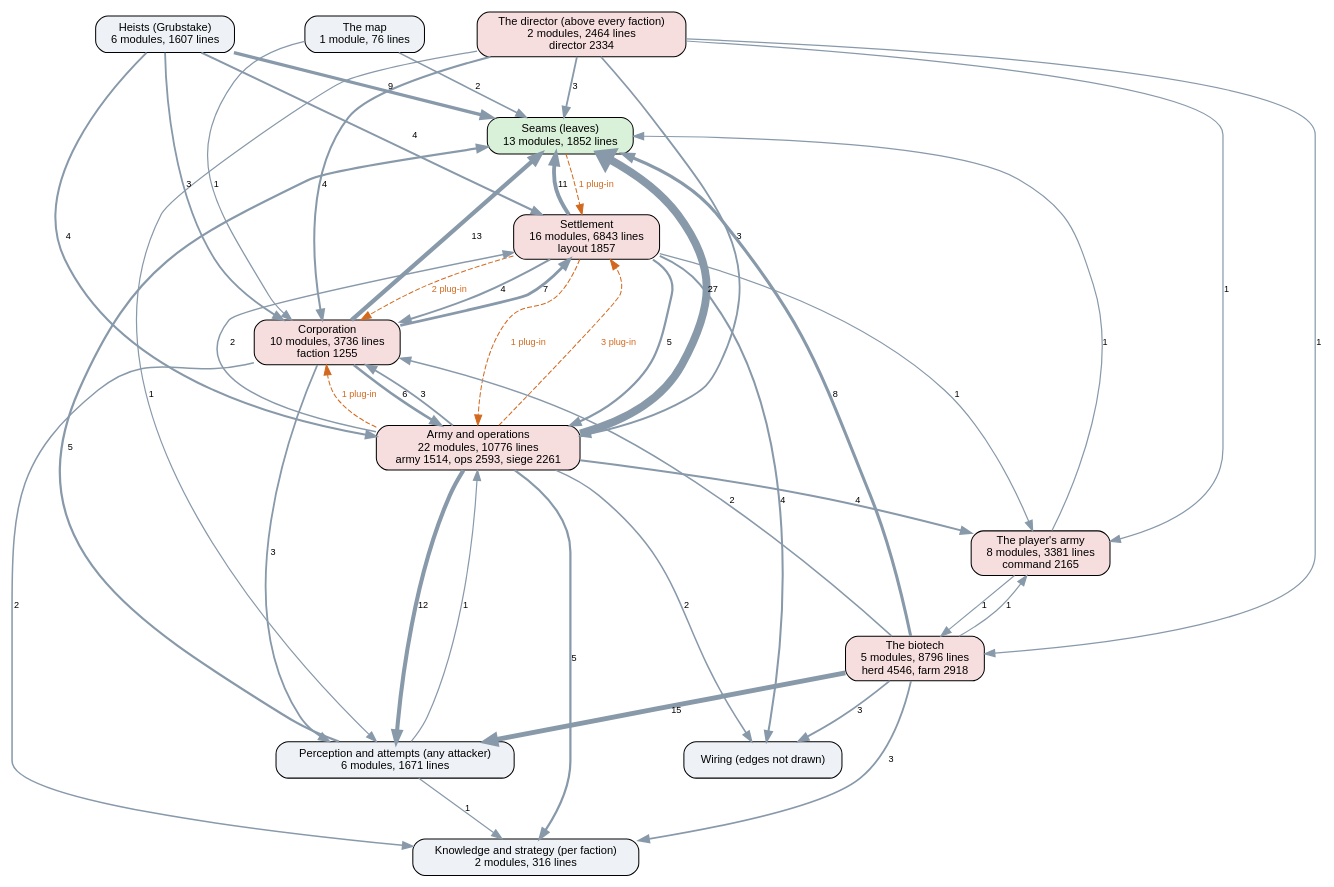
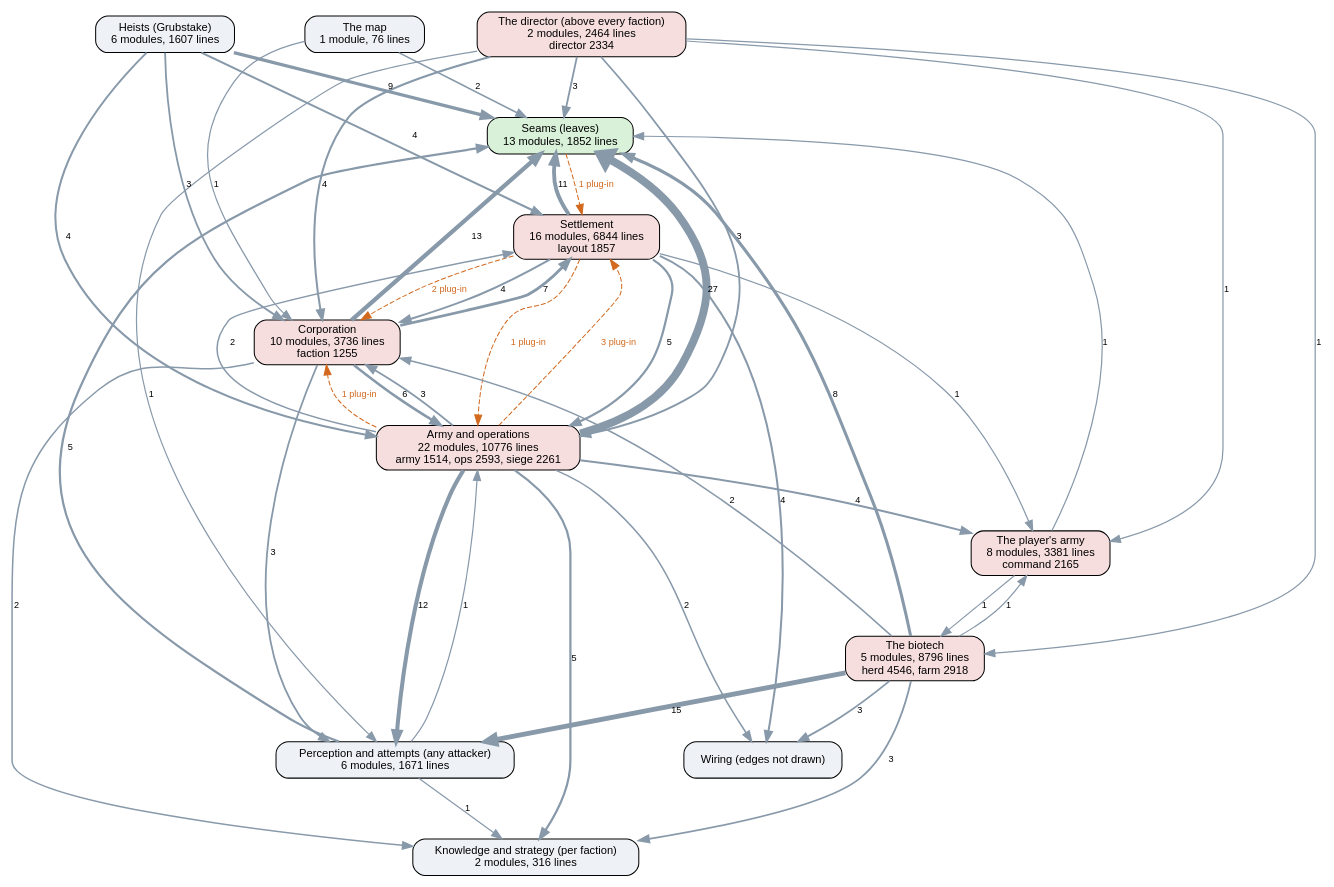
One commit to kinelhu/landing-party changed the diagram in docs/ai-layers.dot. Above: the diagram before and after it, drawn with Graphviz. The commit also changed 7 other files, not shown here.

```diff
--- a/docs/ai-layers.dot
+++ b/docs/ai-layers.dot
@@ -1,61 +1,61 @@
 digraph layers {
   graph [rankdir=TB, fontname="Helvetica", nodesep=0.5, ranksep=0.7];
   node [shape=box, style="rounded,filled", fontname="Helvetica", fontsize=11, fillcolor="#eef2f7"];
   edge [color="#8899aa", fontname="Helvetica", fontsize=9];
   "Seams (leaves)" [label="Seams (leaves)\n13 modules, 1852 lines", fillcolor="#d9f0d9"];
   "Perception and attempts (any attacker)" [label="Perception and attempts (any attacker)\n6 modules, 1671 lines", fillcolor="#eef2f7"];
   "Knowledge and strategy (per faction)" [label="Knowledge and strategy (per faction)\n2 modules, 316 lines", fillcolor="#eef2f7"];
   "The director (above every faction)" [label="The director (above every faction)\n2 modules, 2464 lines\ndirector 2334", fillcolor="#f7dede"];
   "Corporation" [label="Corporation\n10 modules, 3736 lines\nfaction 1255", fillcolor="#f7dede"];
-  "Settlement" [label="Settlement\n16 modules, 6843 lines\nlayout 1857", fillcolor="#f7dede"];
+  "Settlement" [label="Settlement\n16 modules, 6844 lines\nlayout 1857", fillcolor="#f7dede"];
   "Army and operations" [label="Army and operations\n22 modules, 10776 lines\narmy 1514, ops 2593, siege 2261", fillcolor="#f7dede"];
   "Heists (Grubstake)" [label="Heists (Grubstake)\n6 modules, 1607 lines", fillcolor="#eef2f7"];
   "The biotech" [label="The biotech\n5 modules, 8796 lines\nherd 4546, farm 2918", fillcolor="#f7dede"];
   "The map" [label="The map\n1 module, 76 lines", fillcolor="#eef2f7"];
   "The player's army" [label="The player's army\n8 modules, 3381 lines\ncommand 2165", fillcolor="#f7dede"];
   "Army and operations" -> "Corporation" [label="3", penwidth=1.8];
   "Army and operations" -> "Knowledge and strategy (per faction)" [label="5", penwidth=2.2];
   "Army and operations" -> "Perception and attempts (any attacker)" [label="12", penwidth=4.0];
   "Army and operations" -> "Seams (leaves)" [label="27", penwidth=7.8];
   "Army and operations" -> "Settlement" [label="2", penwidth=1.5];
   "Army and operations" -> "The player's army" [label="4", penwidth=2.0];
   "Army and operations" -> "Wiring (edges not drawn)" [label="2", penwidth=1.5];
   "Corporation" -> "Army and operations" [label="6", penwidth=2.5];
   "Corporation" -> "Knowledge and strategy (per faction)" [label="2", penwidth=1.5];
   "Corporation" -> "Perception and attempts (any attacker)" [label="3", penwidth=1.8];
   "Corporation" -> "Seams (leaves)" [label="13", penwidth=4.2];
   "Corporation" -> "Settlement" [label="7", penwidth=2.8];
   "Heists (Grubstake)" -> "Army and operations" [label="4", penwidth=2.0];
   "Heists (Grubstake)" -> "Corporation" [label="3", penwidth=1.8];
   "Heists (Grubstake)" -> "Seams (leaves)" [label="9", penwidth=3.2];
   "Heists (Grubstake)" -> "Settlement" [label="4", penwidth=2.0];
   "Perception and attempts (any attacker)" -> "Army and operations" [label="1", penwidth=1.2];
   "Perception and attempts (any attacker)" -> "Knowledge and strategy (per faction)" [label="1", penwidth=1.2];
   "Perception and attempts (any attacker)" -> "Seams (leaves)" [label="5", penwidth=2.2];
   "Settlement" -> "Army and operations" [label="5", penwidth=2.2];
   "Settlement" -> "Corporation" [label="4", penwidth=2.0];
   "Settlement" -> "Seams (leaves)" [label="11", penwidth=3.8];
   "Settlement" -> "The player's army" [label="1", penwidth=1.2];
   "Settlement" -> "Wiring (edges not drawn)" [label="4", penwidth=2.0];
   "The biotech" -> "Corporation" [label="2", penwidth=1.5];
   "The biotech" -> "Knowledge and strategy (per faction)" [label="3", penwidth=1.8];
   "The biotech" -> "Perception and attempts (any attacker)" [label="15", penwidth=4.8];
   "The biotech" -> "Seams (leaves)" [label="8", penwidth=3.0];
   "The biotech" -> "The player's army" [label="1", penwidth=1.2];
   "The biotech" -> "Wiring (edges not drawn)" [label="3", penwidth=1.8];
   "The director (above every faction)" -> "Army and operations" [label="3", penwidth=1.8];
   "The director (above every faction)" -> "Corporation" [label="4", penwidth=2.0];
   "The director (above every faction)" -> "Perception and attempts (any attacker)" [label="1", penwidth=1.2];
   "The director (above every faction)" -> "Seams (leaves)" [label="3", penwidth=1.8];
   "The director (above every faction)" -> "The biotech" [label="1", penwidth=1.2];
   "The director (above every faction)" -> "The player's army" [label="1", penwidth=1.2];
   "The map" -> "Corporation" [label="1", penwidth=1.2];
   "The map" -> "Seams (leaves)" [label="2", penwidth=1.5];
   "The player's army" -> "Seams (leaves)" [label="1", penwidth=1.2];
   "The player's army" -> "The biotech" [label="1", penwidth=1.2];
   "Army and operations" -> "Corporation" [style=dashed, color="#d2691e", fontcolor="#d2691e", label="1 plug-in"];
   "Army and operations" -> "Settlement" [style=dashed, color="#d2691e", fontcolor="#d2691e", label="3 plug-in"];
   "Seams (leaves)" -> "Settlement" [style=dashed, color="#d2691e", fontcolor="#d2691e", label="1 plug-in"];
   "Settlement" -> "Army and operations" [style=dashed, color="#d2691e", fontcolor="#d2691e", label="1 plug-in"];
   "Settlement" -> "Corporation" [style=dashed, color="#d2691e", fontcolor="#d2691e", label="2 plug-in"];
 }
```
